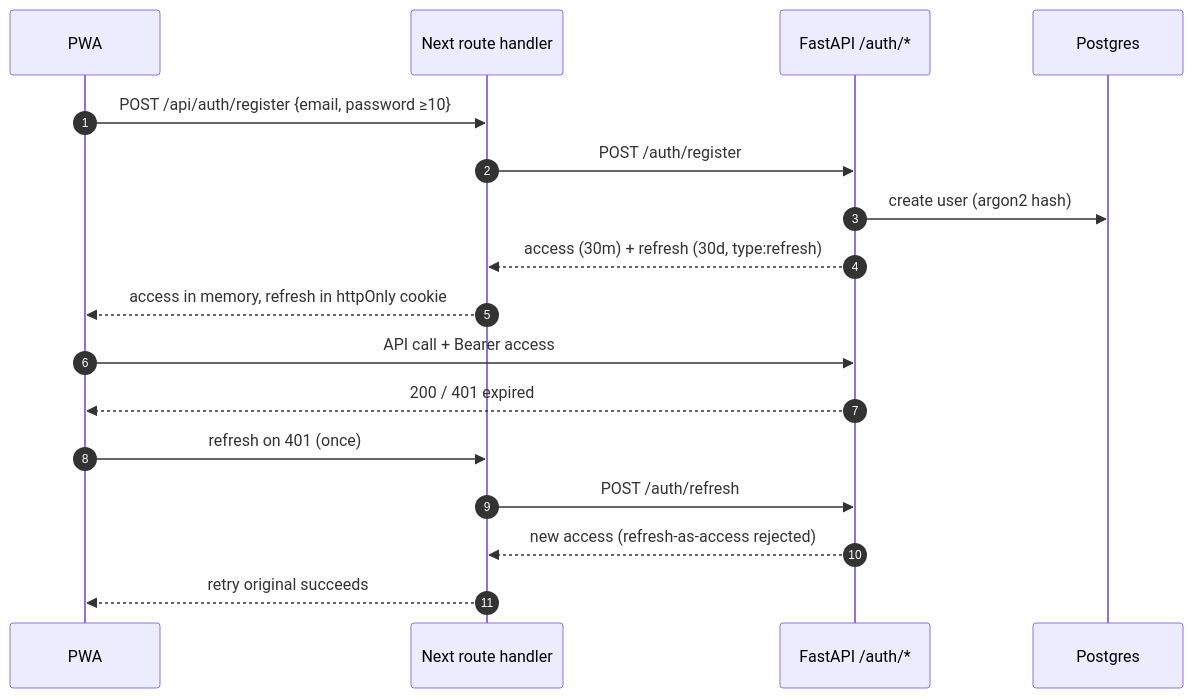
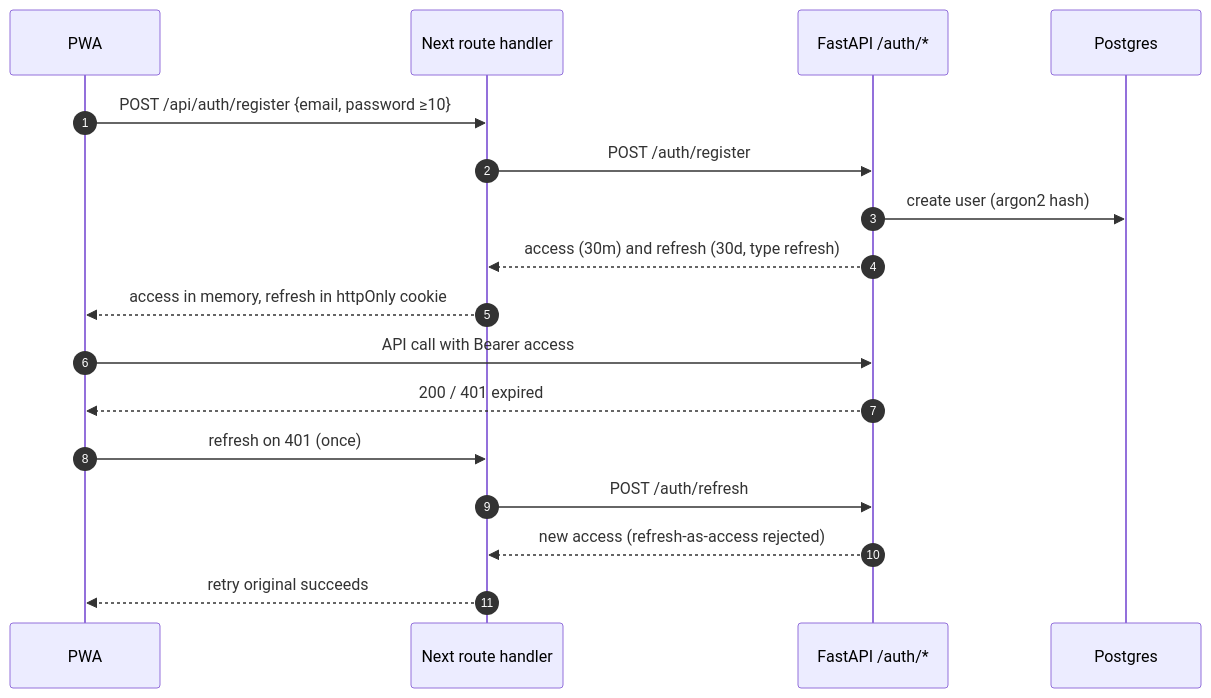
The seventh of 8 diagrams in README.md (anshujod/LiftLog-AI), drawn with Mermaid before and after one commit. The commit also changed other lines of this file, not shown here.

````diff
--- a/README.md
+++ b/README.md
@@ -354,20 +354,20 @@
 ```mermaid
 sequenceDiagram
     autonumber
     participant P as PWA
     participant N as Next route handler
     participant A as FastAPI /auth/*
     participant D as Postgres
 
     P->>N: POST /api/auth/register {email, password ≥10}
     N->>A: POST /auth/register
     A->>D: create user (argon2 hash)
-    A-->>N: access (30m) + refresh (30d, type:refresh)
+    A-->>N: access (30m) and refresh (30d, type refresh)
     N-->>P: access in memory, refresh in httpOnly cookie
-    P->>A: API call + Bearer access
+    P->>A: API call with Bearer access
     A-->>P: 200 / 401 expired
     P->>N: refresh on 401 (once)
     N->>A: POST /auth/refresh
     A-->>N: new access (refresh-as-access rejected)
     N-->>P: retry original succeeds
 ```
````
